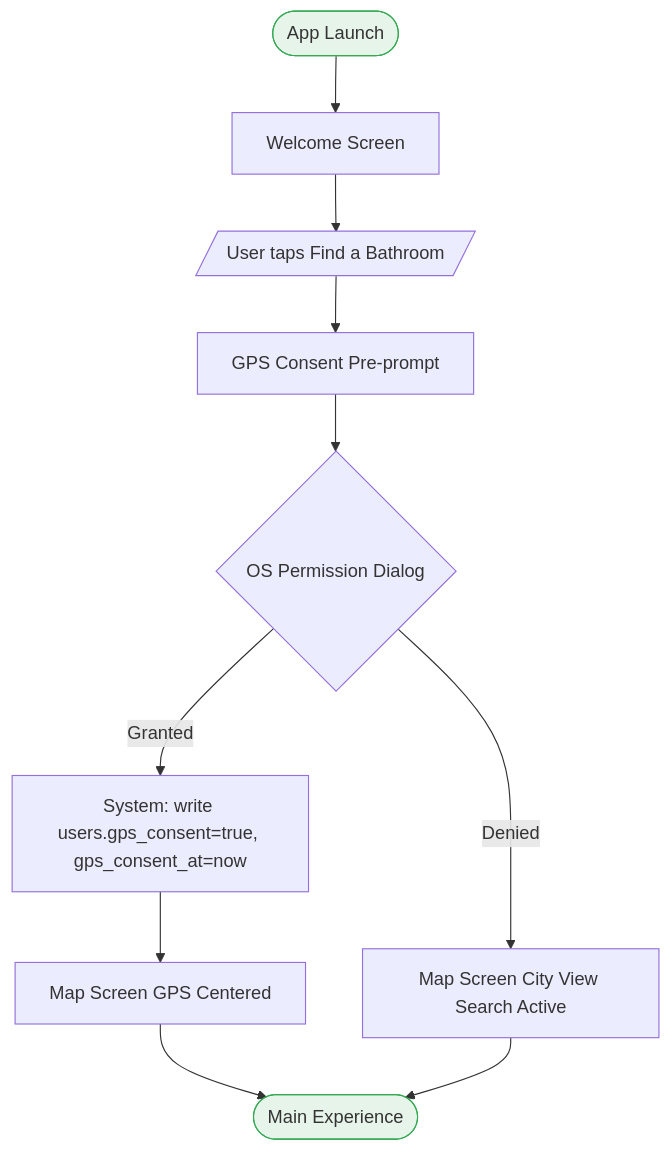
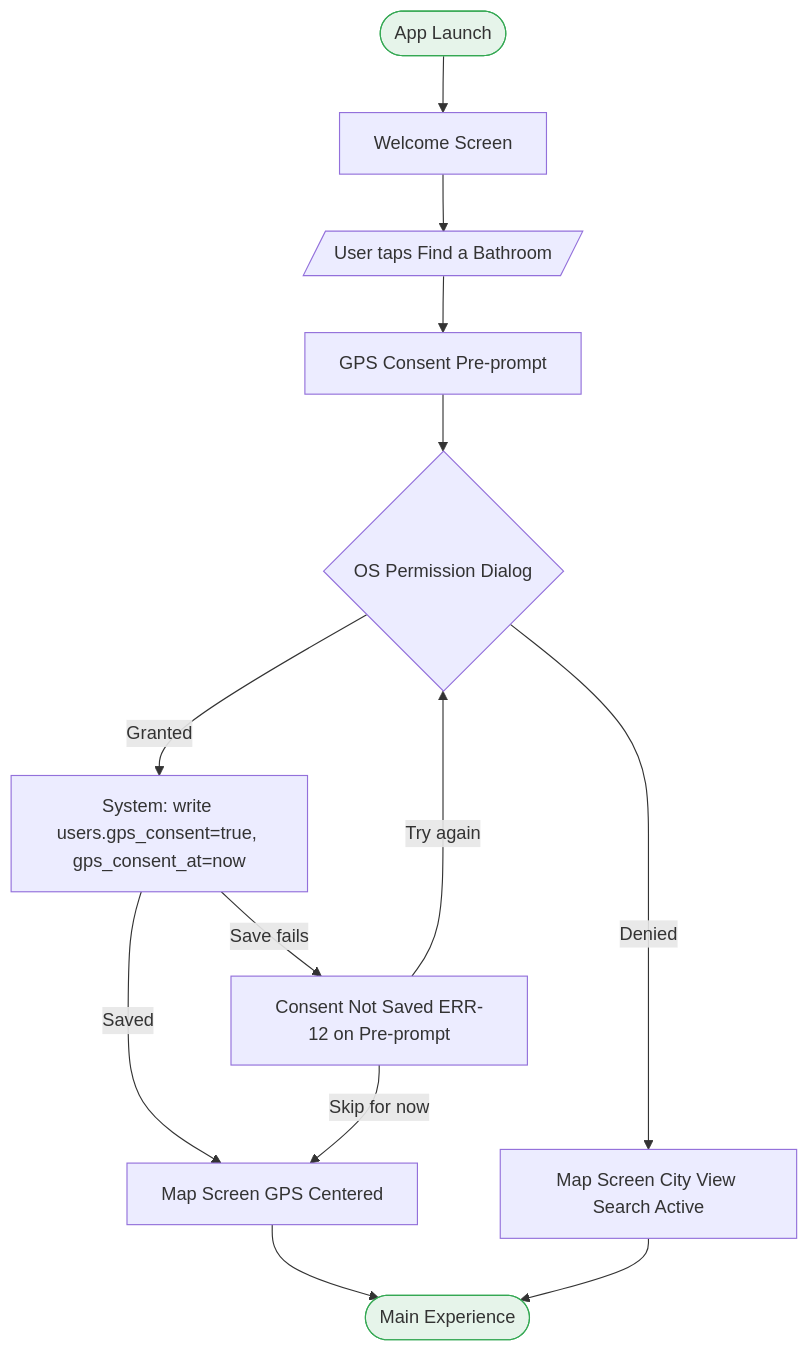
Before and after one commit to kumbayaya1804/GottaGo: the first of 16 diagrams in docs/design/flows.md, drawn with Mermaid. The commit also changed other lines of this file and 15 other files, not shown here.

First line of the commit message:
fix(auth): GPS consent no longer reports success when saving consent fails

````diff
--- a/docs/design/flows.md
+++ b/docs/design/flows.md
@@ -20,25 +20,28 @@
 ```mermaid
 flowchart TD
     Start([App Launch])
     Welcome[Welcome Screen]
     TapFind[/User taps Find a Bathroom/]
     PrePrompt[GPS Consent Pre-prompt]
     OSDialog{OS Permission Dialog}
     WriteConsent[System: write users.gps_consent=true, gps_consent_at=now]
     MapGPS[Map Screen GPS Centered]
     MapCity[Map Screen City View Search Active]
     EndMain([Main Experience])
 
     Start --> Welcome
     Welcome --> TapFind
     TapFind --> PrePrompt
     PrePrompt --> OSDialog
     OSDialog -->|Granted| WriteConsent
-    WriteConsent --> MapGPS
+    WriteConsent -->|Saved| MapGPS
+    WriteConsent -->|Save fails| ConsentError[Consent Not Saved ERR-12 on Pre-prompt]
+    ConsentError -->|Try again| OSDialog
+    ConsentError -->|Skip for now| MapGPS
     MapGPS --> EndMain
     OSDialog -->|Denied| MapCity
     MapCity --> EndMain
 
     style Start fill:#E6F4EA,stroke:#34A853
     style EndMain fill:#E6F4EA,stroke:#34A853
 ```
````
